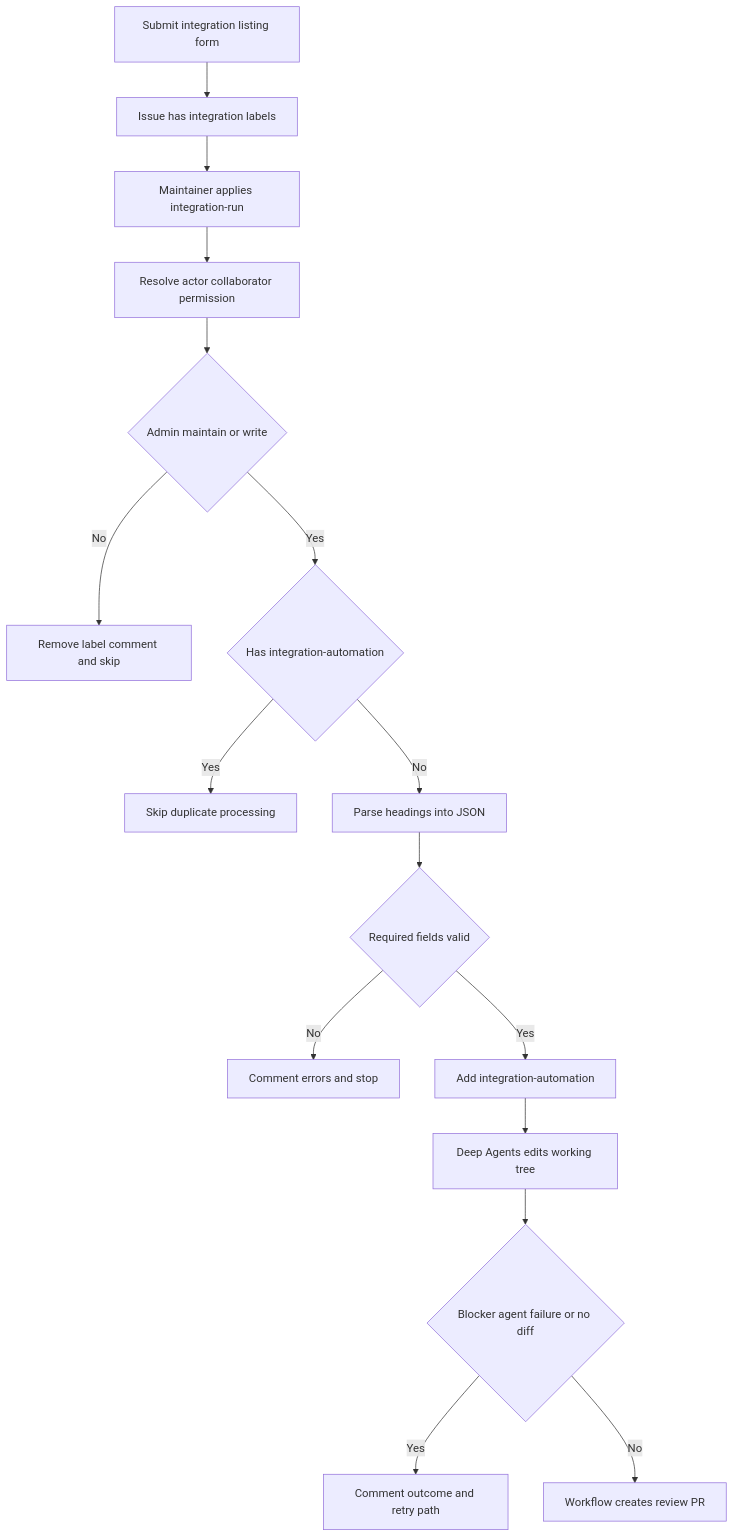
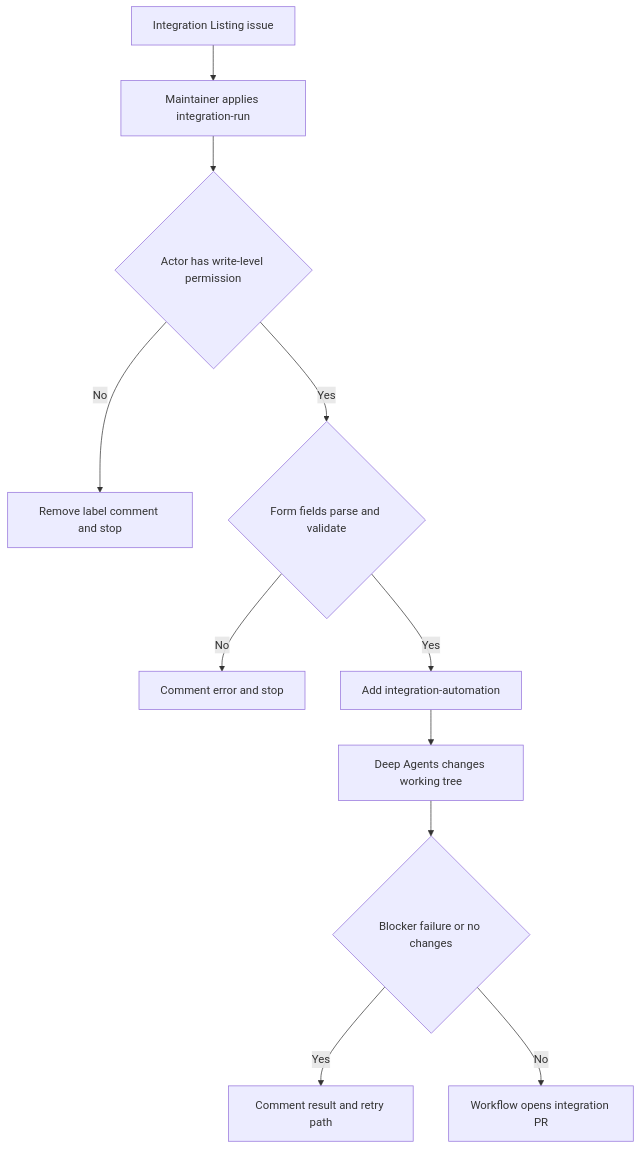
Before and after one commit to langchain-ai/docs: the first of 2 diagrams in openwiki/workflows/integration-listing-automation.md, drawn with Mermaid. The commit also changed other lines of this file and 41 other files, not shown here.

````diff
--- a/openwiki/workflows/integration-listing-automation.md
+++ b/openwiki/workflows/integration-listing-automation.md
@@ -62,18 +57,13 @@
 ```mermaid
 flowchart TD
-    Submitter["Submit integration listing form"] --> Issue["Issue has integration labels"]
-    Issue --> Gate["Maintainer applies integration-run"]
-    Gate --> Permission["Resolve actor collaborator permission"]
-    Permission --> Allowed{"Admin maintain or write"}
-    Allowed -- No --> Reject["Remove label comment and skip"]
-    Allowed -- Yes --> Duplicate{"Has integration-automation"}
-    Duplicate -- Yes --> Skip["Skip duplicate processing"]
-    Duplicate -- No --> Parser["Parse headings into JSON"]
-    Parser --> Valid{"Required fields valid"}
-    Valid -- No --> ParseError["Comment errors and stop"]
-    Valid -- Yes --> Mark["Add integration-automation"]
-    Mark --> Agent["Deep Agents edits working tree"]
-    Agent --> Outcome{"Blocker agent failure or no diff"}
-    Outcome -- Yes --> Report["Comment outcome and retry path"]
-    Outcome -- No --> PullRequest["Workflow creates review PR"]
+    Form["Integration Listing issue"] --> Gate["Maintainer applies integration-run"]
+    Gate --> Auth{"Actor has write-level permission"}
+    Auth -- No --> Stop["Remove label comment and stop"]
+    Auth -- Yes --> Parsed{"Form fields parse and validate"}
+    Parsed -- No --> ParseError["Comment error and stop"]
+    Parsed -- Yes --> Mark["Add integration-automation"]
+    Mark --> Agent["Deep Agents changes working tree"]
+    Agent --> Diff{"Blocker failure or no changes"}
+    Diff -- Yes --> Report["Comment result and retry path"]
+    Diff -- No --> PR["Workflow opens integration PR"]
 ```
````
